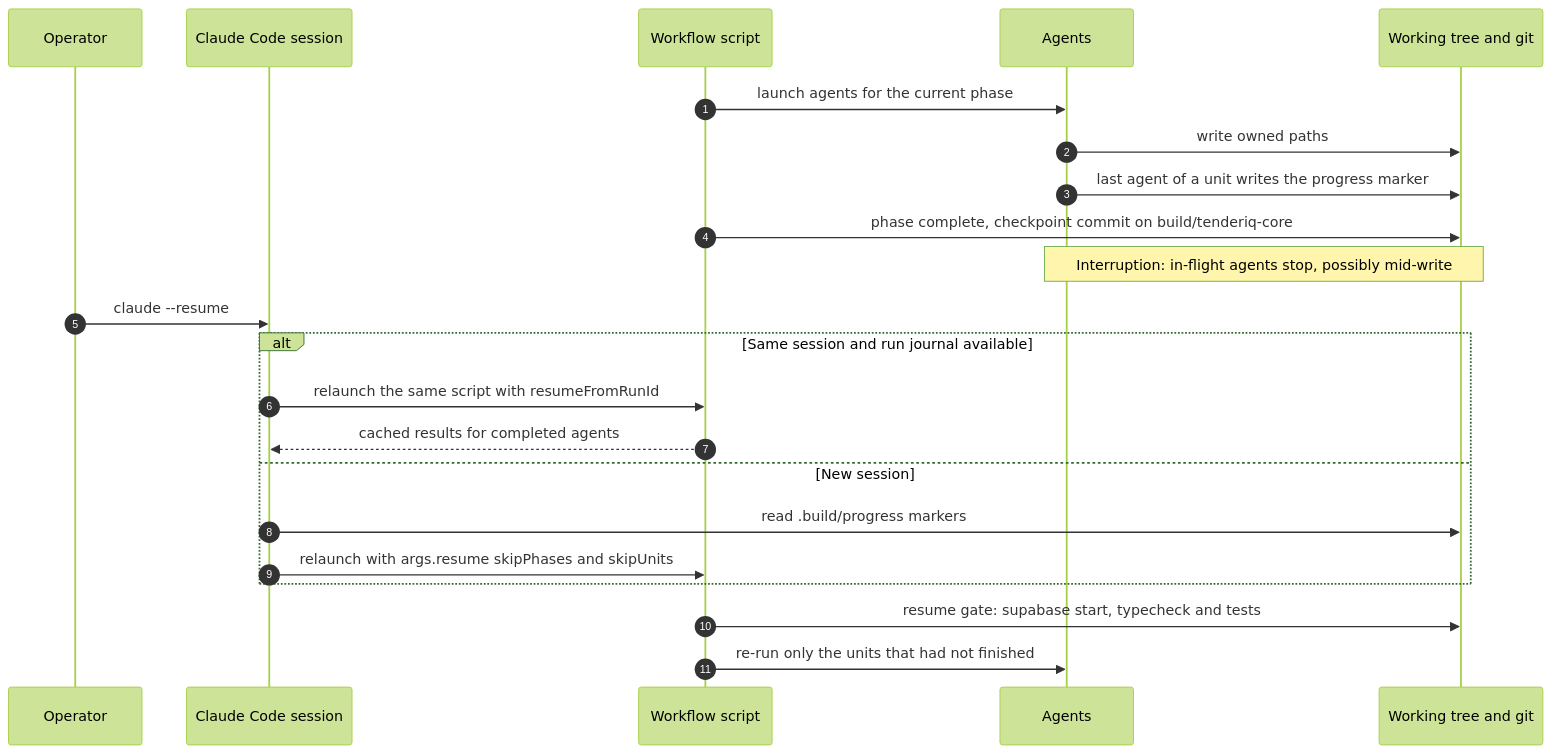
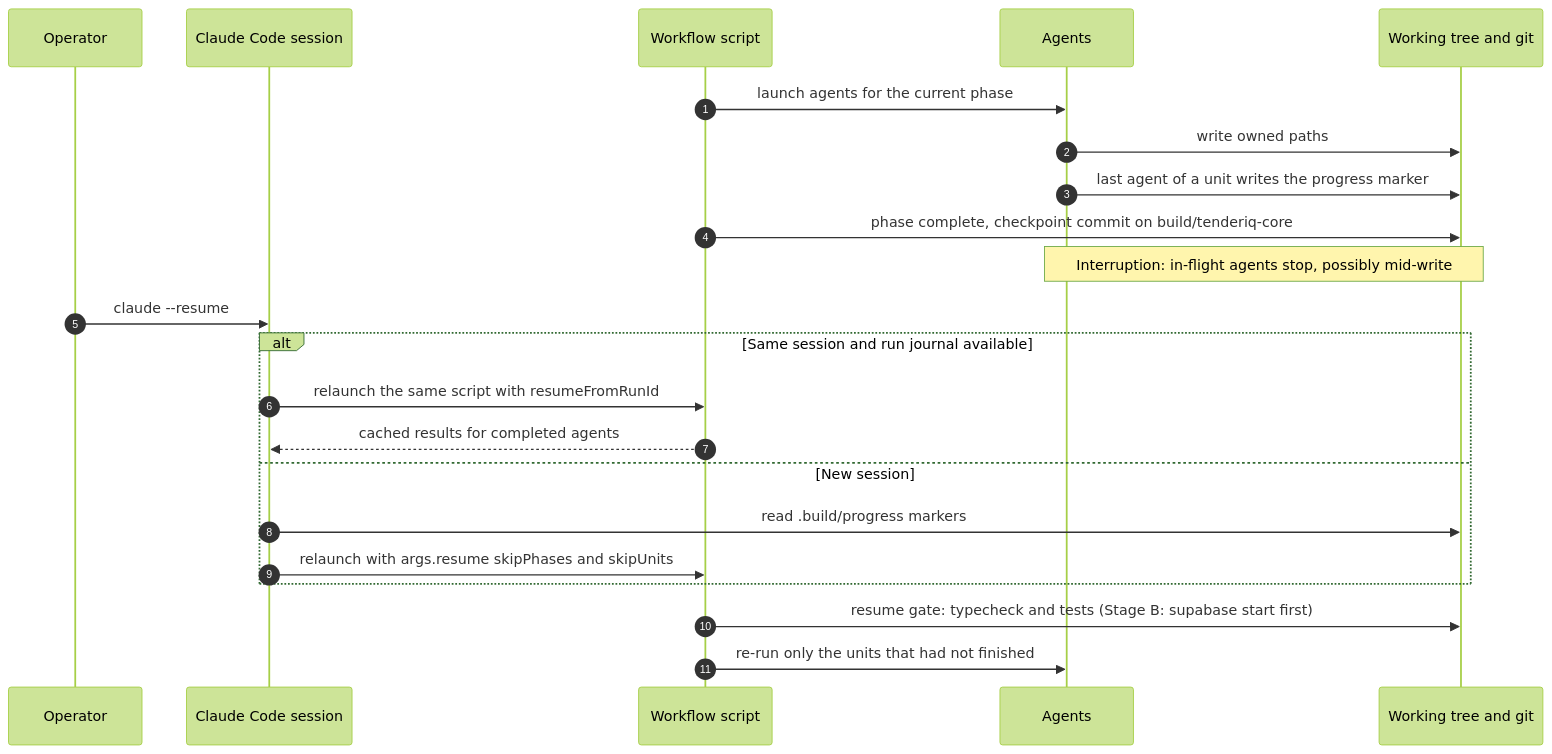
Before and after one commit to wemaketools/tenderiq: the sixth of 6 diagrams in docs/technical/13-delivery-and-resilience.md, drawn with Mermaid (forest theme). The commit also changed other lines of this file and 157 other files, not shown here.

````diff
--- a/docs/technical/13-delivery-and-resilience.md
+++ b/docs/technical/13-delivery-and-resilience.md
@@ -301,24 +302,24 @@
 ```mermaid
 sequenceDiagram
   autonumber
   participant Op as Operator
   participant CC as Claude Code session
   participant WF as Workflow script
   participant AG as Agents
   participant WT as Working tree and git
   WF->>AG: launch agents for the current phase
   AG->>WT: write owned paths
   AG->>WT: last agent of a unit writes the progress marker
   WF->>WT: phase complete, checkpoint commit on build/tenderiq-core
   Note over AG,WT: Interruption: in-flight agents stop, possibly mid-write
   Op->>CC: claude --resume
   alt Same session and run journal available
     CC->>WF: relaunch the same script with resumeFromRunId
     WF-->>CC: cached results for completed agents
   else New session
     CC->>WT: read .build/progress markers
     CC->>WF: relaunch with args.resume skipPhases and skipUnits
   end
-  WF->>WT: resume gate: supabase start, typecheck and tests
+  WF->>WT: resume gate: typecheck and tests (Stage B: supabase start first)
   WF->>AG: re-run only the units that had not finished
 ```
````
